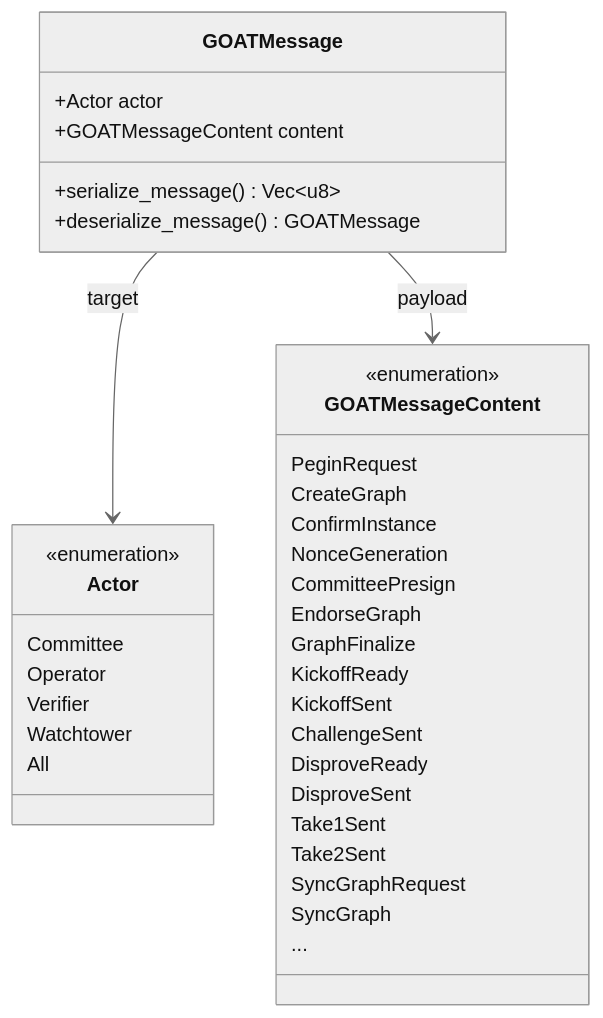
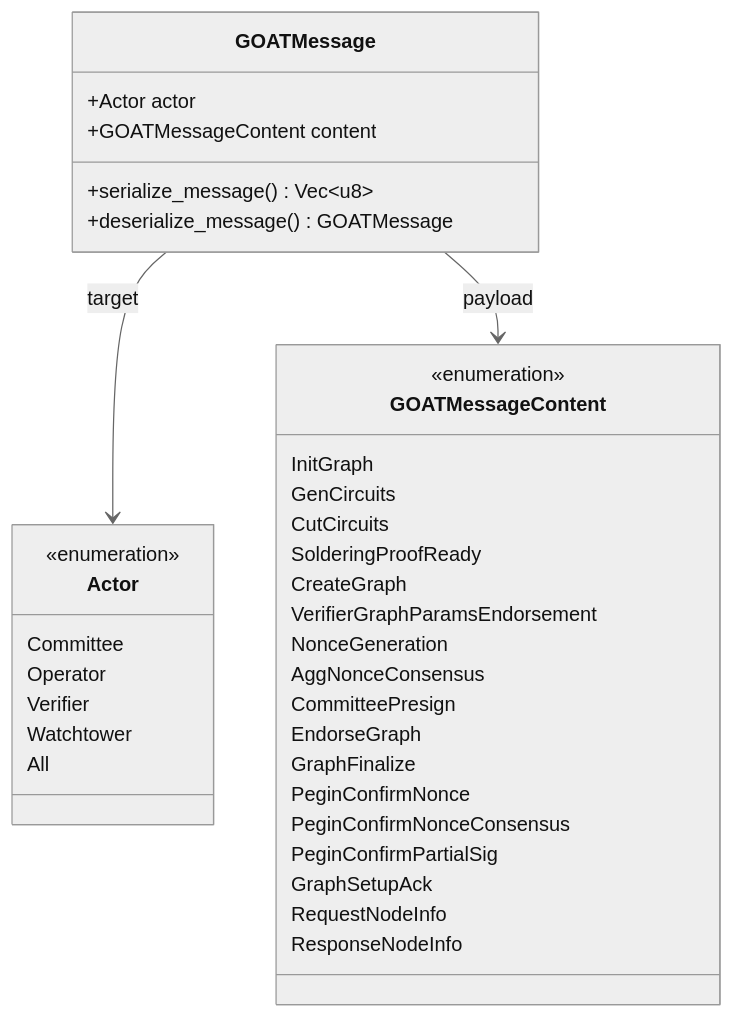
Diagram 12 of 13 in node/README.md (GOATNetwork/bitvm-node), drawn with Mermaid (neutral theme) before and after one commit. The commit also changed other lines of this file and 24 other files, not shown here.

````diff
--- a/node/README.md
+++ b/node/README.md
@@ -596,42 +591,42 @@
 ```mermaid
 classDiagram
     class GOATMessage {
         +Actor actor
         +GOATMessageContent content
         +serialize_message() Vec~u8~
         +deserialize_message() GOATMessage
     }
 
     class GOATMessageContent {
         <<enumeration>>
-        PeginRequest
+        InitGraph
+        GenCircuits
+        CutCircuits
+        SolderingProofReady
         CreateGraph
-        ConfirmInstance
+        VerifierGraphParamsEndorsement
         NonceGeneration
+        AggNonceConsensus
         CommitteePresign
         EndorseGraph
         GraphFinalize
-        KickoffReady
-        KickoffSent
-        ChallengeSent
-        DisproveReady
-        DisproveSent
-        Take1Sent
-        Take2Sent
-        SyncGraphRequest
-        SyncGraph
-        ...
+        PeginConfirmNonce
+        PeginConfirmNonceConsensus
+        PeginConfirmPartialSig
+        GraphSetupAck
+        RequestNodeInfo
+        ResponseNodeInfo
     }
 
     class Actor {
         <<enumeration>>
         Committee
         Operator
         Verifier
         Watchtower
         All
     }
 
     GOATMessage --> Actor : target
     GOATMessage --> GOATMessageContent : payload
 ```
````
